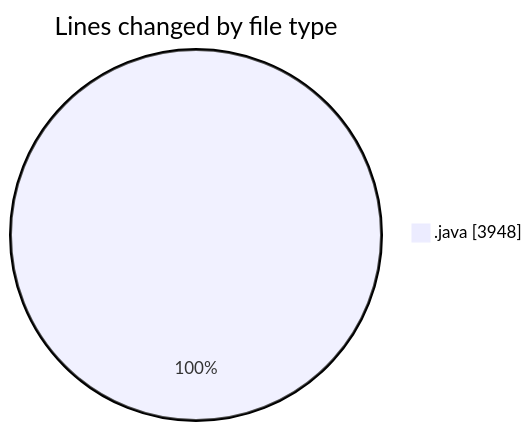
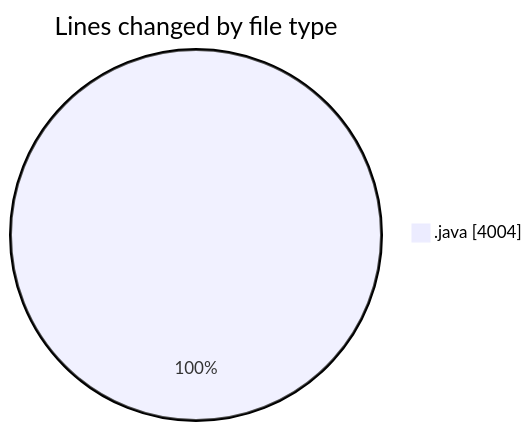
Before and after one commit to ricardozamudiocil/code-tracking: the first of 2 diagrams in 2026-09-01/cilapp/README.md, drawn with Mermaid. The commit also changed other lines of this file and 1 other file, not shown here.

````diff
--- a/2026-09-01/cilapp/README.md
+++ b/2026-09-01/cilapp/README.md
@@ -23,5 +23,5 @@
 ```mermaid
 pie showData
 title Lines changed by file type
-".java" : 3948
+".java" : 4004
 ```
````
